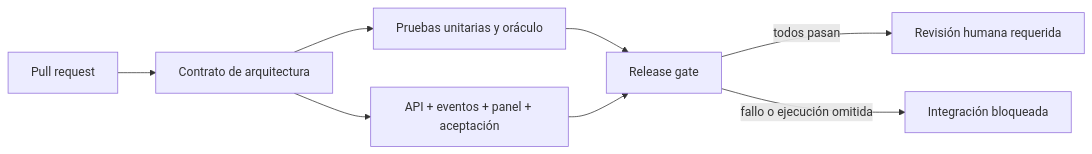
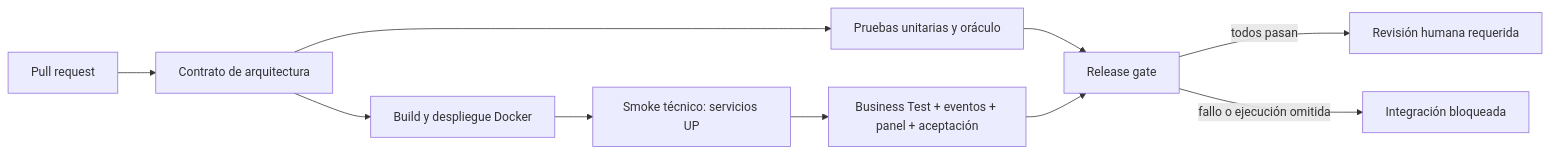
Before and after one commit to VillaforTech/bankpulse: the diagram in docs/deber-01.md, drawn with Mermaid. The commit also changed other lines of this file and 14 other files, not shown here.

````diff
--- a/docs/deber-01.md
+++ b/docs/deber-01.md
@@ -21,10 +21,12 @@
 ```mermaid
 flowchart LR
   PR[Pull request] --> A[Contrato de arquitectura]
   A --> U[Pruebas unitarias y oráculo]
-  A --> I[API + eventos + panel + aceptación]
+  A --> D[Build y despliegue Docker]
+  D --> S[Smoke técnico: servicios UP]
+  S --> I[Business Test + eventos + panel + aceptación]
   U --> G[Release gate]
   I --> G
   G -->|todos pasan| R[Revisión humana requerida]
   G -->|fallo o ejecución omitida| B[Integración bloqueada]
 ```
````
